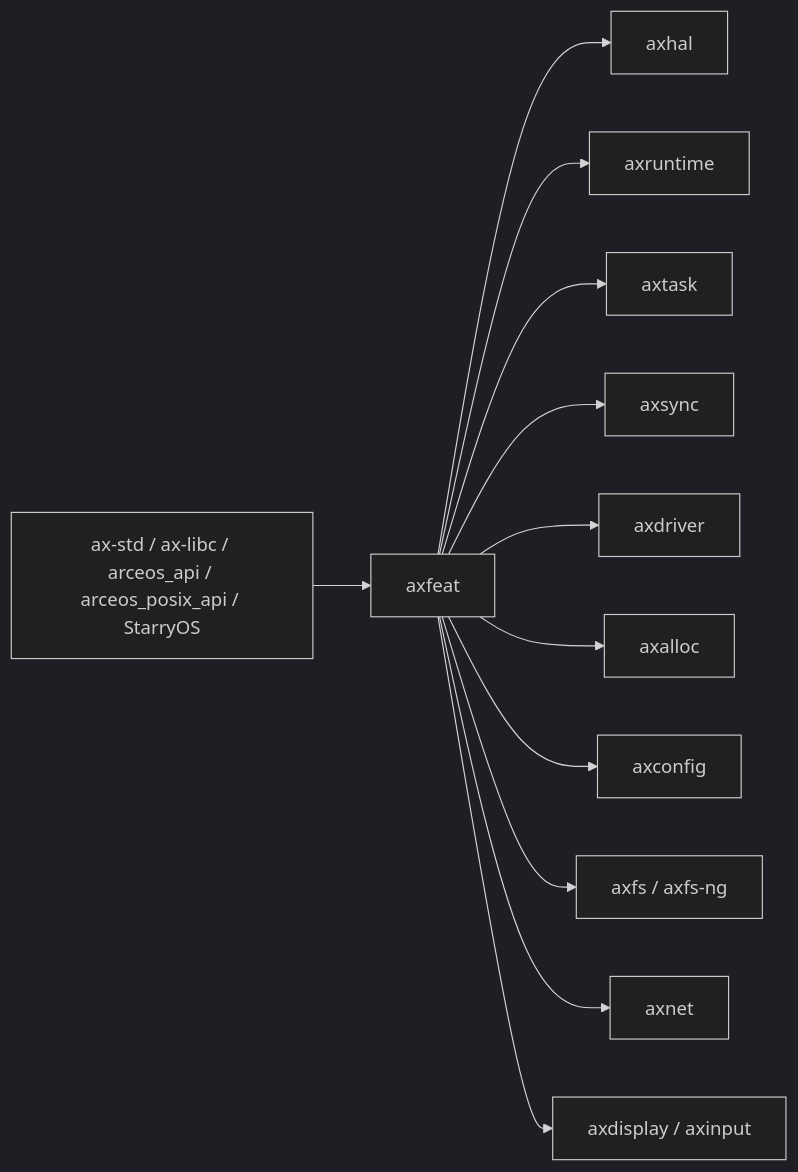
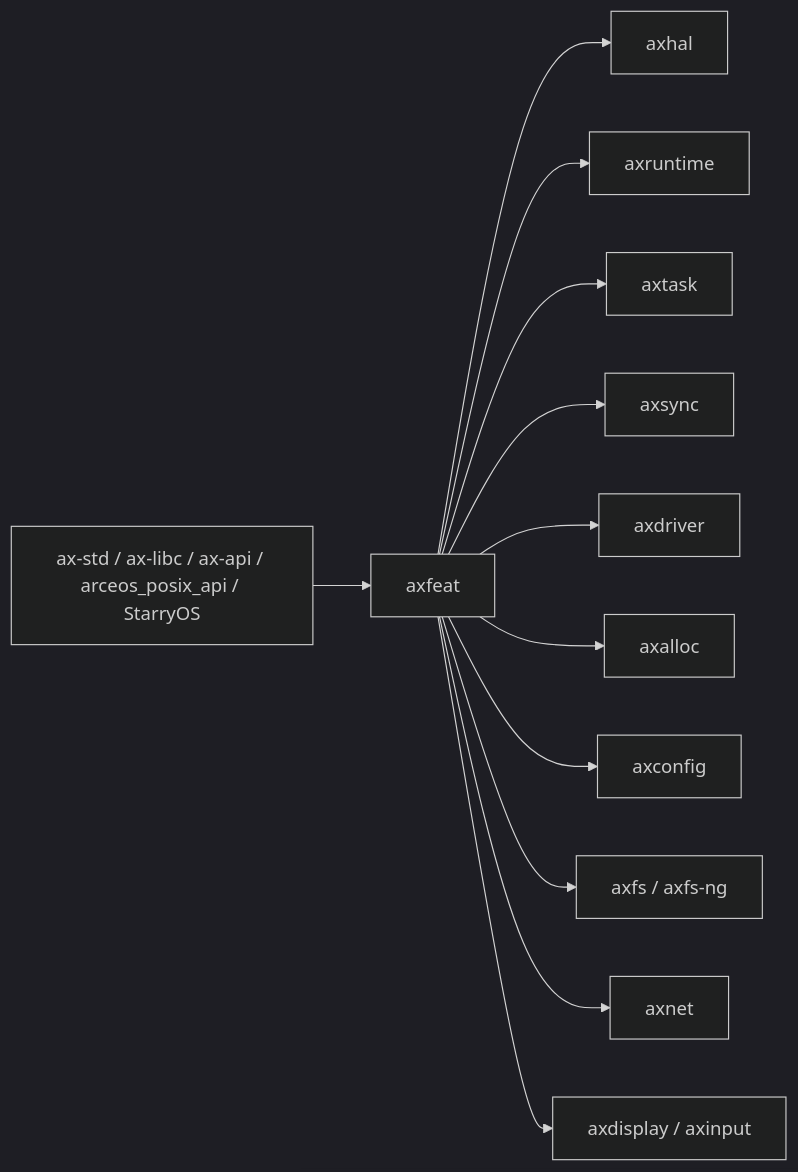
Before and after one commit to zKurisu/tgoskits: the first of 2 diagrams in docs/crates/axfeat.md, drawn with Mermaid (dark theme). The commit also changed other lines of this file and 61 other files, not shown here.

Commit message:
rename arceos_api to ax-api

````diff
--- a/docs/crates/axfeat.md
+++ b/docs/crates/axfeat.md
@@ -24,14 +24,14 @@
 ```mermaid
 flowchart LR
-    Top["ax-std / ax-libc / arceos_api / arceos_posix_api / StarryOS"] --> F["axfeat"]
+    Top["ax-std / ax-libc / ax-api / arceos_posix_api / StarryOS"] --> F["axfeat"]
     F --> HAL["axhal"]
     F --> RT["axruntime"]
     F --> TASK["axtask"]
     F --> SYNC["axsync"]
     F --> DRIVER["axdriver"]
     F --> ALLOC["axalloc"]
     F --> CFG["axconfig"]
     F --> FS["axfs / axfs-ng"]
     F --> NET["axnet"]
     F --> DISP["axdisplay / axinput"]
 ```
````
